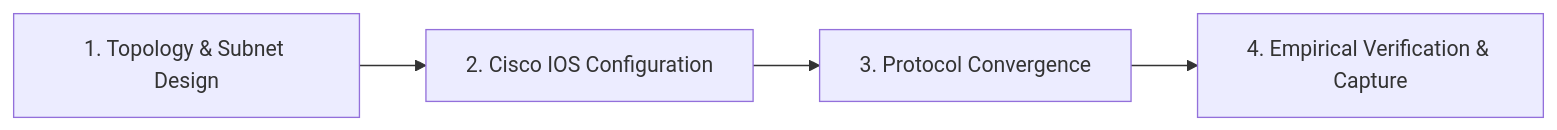
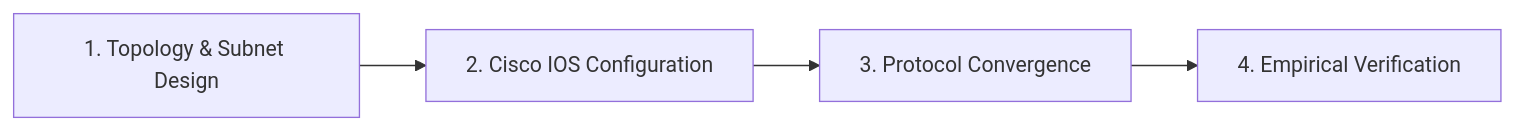
One commit to JaserHalabi/networking-labs changed the diagram in README.md. Above: the diagram before and after it, drawn with Mermaid. The commit also changed other lines of this file, not shown here.

````diff
--- a/README.md
+++ b/README.md
@@ -89,6 +87,6 @@
 ```mermaid
 graph LR
     A["1. Topology & Subnet Design"] --> B["2. Cisco IOS Configuration"]
     B --> C["3. Protocol Convergence"]
-    C --> D["4. Empirical Verification & Capture"]
+    C --> D["4. Empirical Verification"]
 ```
````
